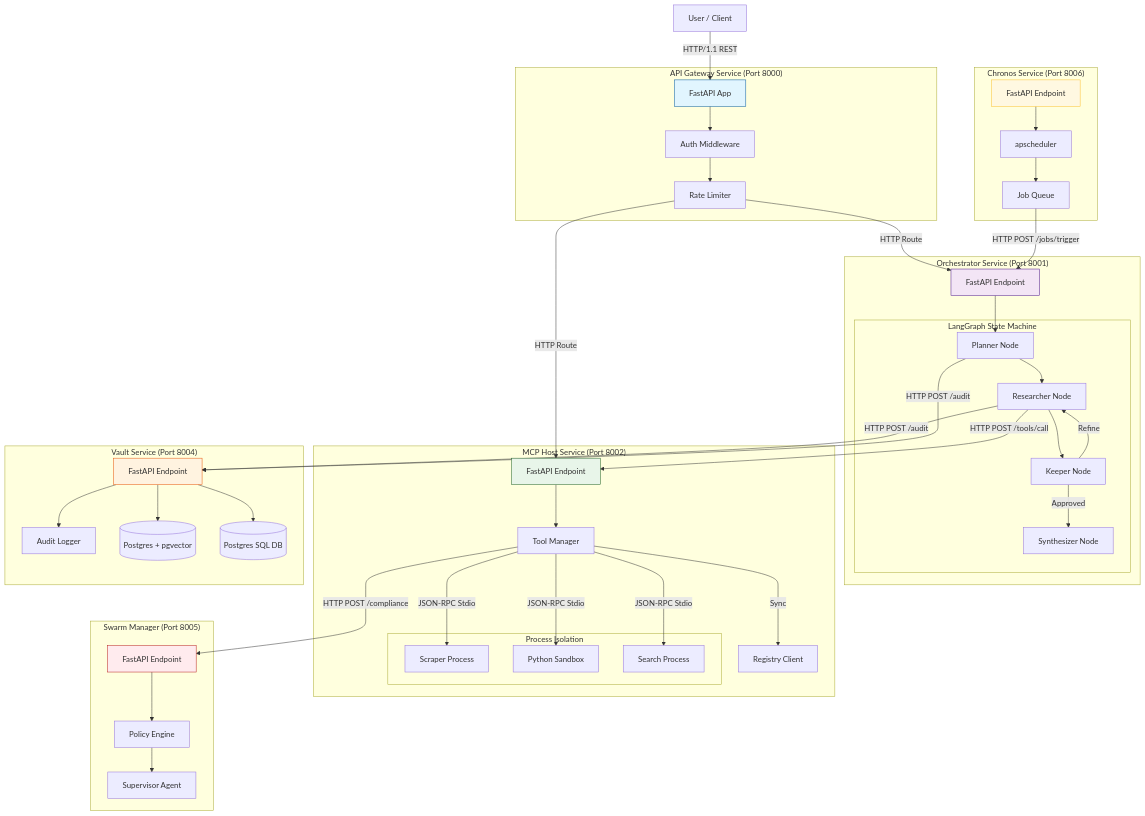
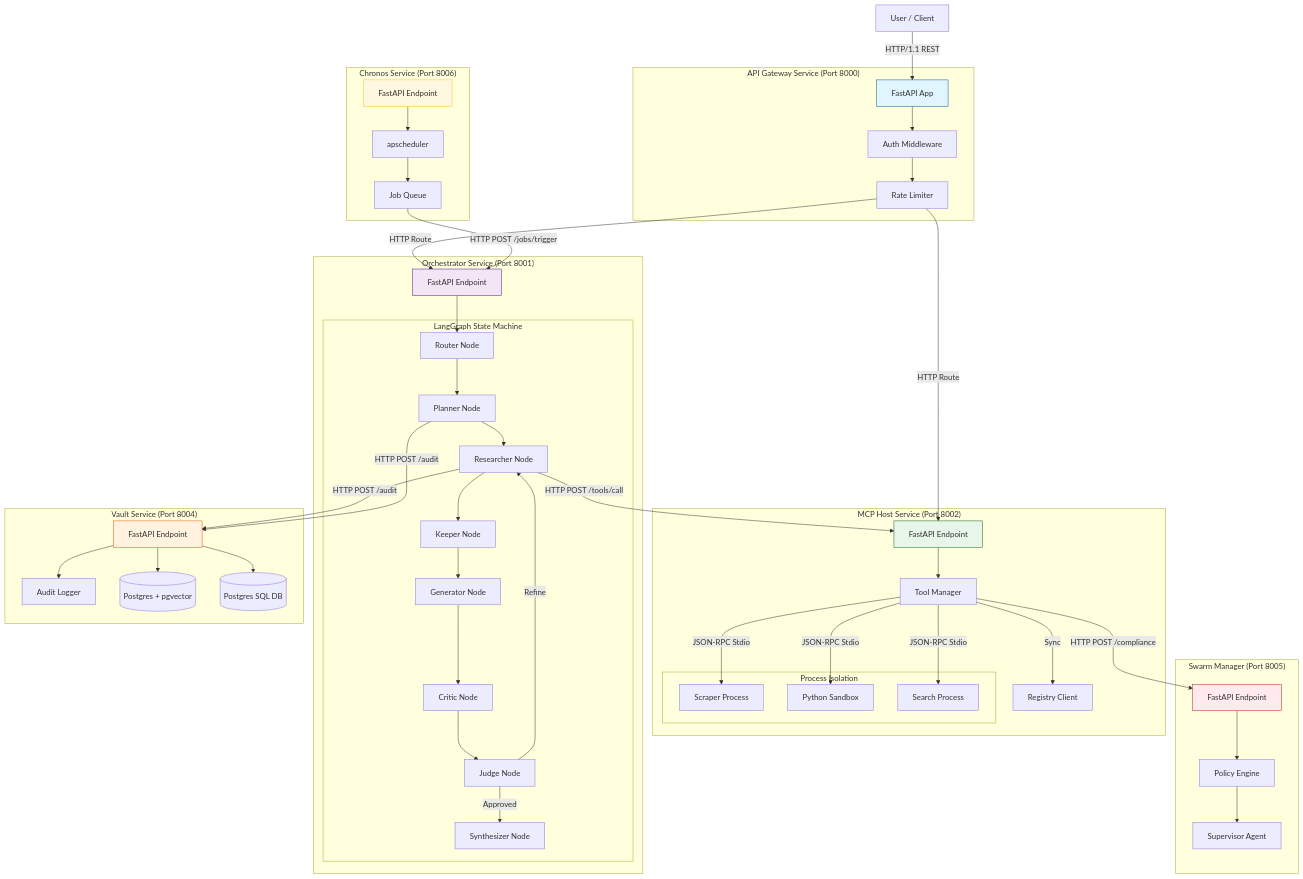
Before and after one commit to azzindani/Kea: the third of 7 diagrams in README.md, drawn with Mermaid. The commit also changed other lines of this file and 42 other files, not shown here.

Commit message:
feat: Establish initial microservice architecture, Kubernetes deployment, and comprehensive documentation for services and MCP servers.

```diff
--- a/README.md
+++ b/README.md
@@ -450,17 +486,25 @@
         OrchAPI[FastAPI Endpoint]
         
         subgraph "LangGraph State Machine"
+            Router[Router Node]
             Planner[Planner Node]
             Researcher[Researcher Node]
             Keeper[Keeper Node]
+            Generator[Generator Node]
+            Critic[Critic Node]
+            Judge[Judge Node]
             Synthesizer[Synthesizer Node]
         end
         
-        OrchAPI --> Planner
+        OrchAPI --> Router
+        Router --> Planner
         Planner --> Researcher
         Researcher --> Keeper
-        Keeper --"Refine"--> Researcher
-        Keeper --"Approved"--> Synthesizer
+        Keeper --> Generator
+        Generator --> Critic
+        Critic --> Judge
+        Judge --"Refine"--> Researcher
+        Judge --"Approved"--> Synthesizer
     end
     
     %% -- EXECUTION LAYER (The Hands) --
```
